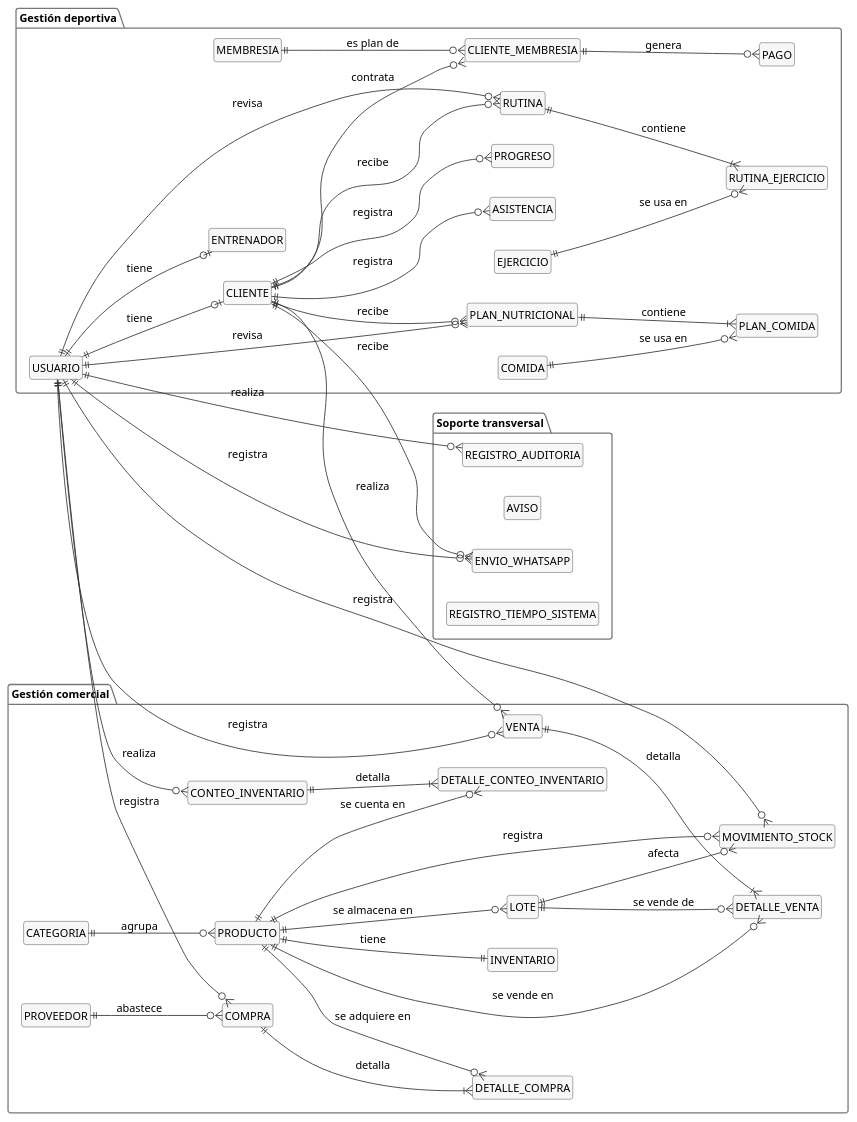
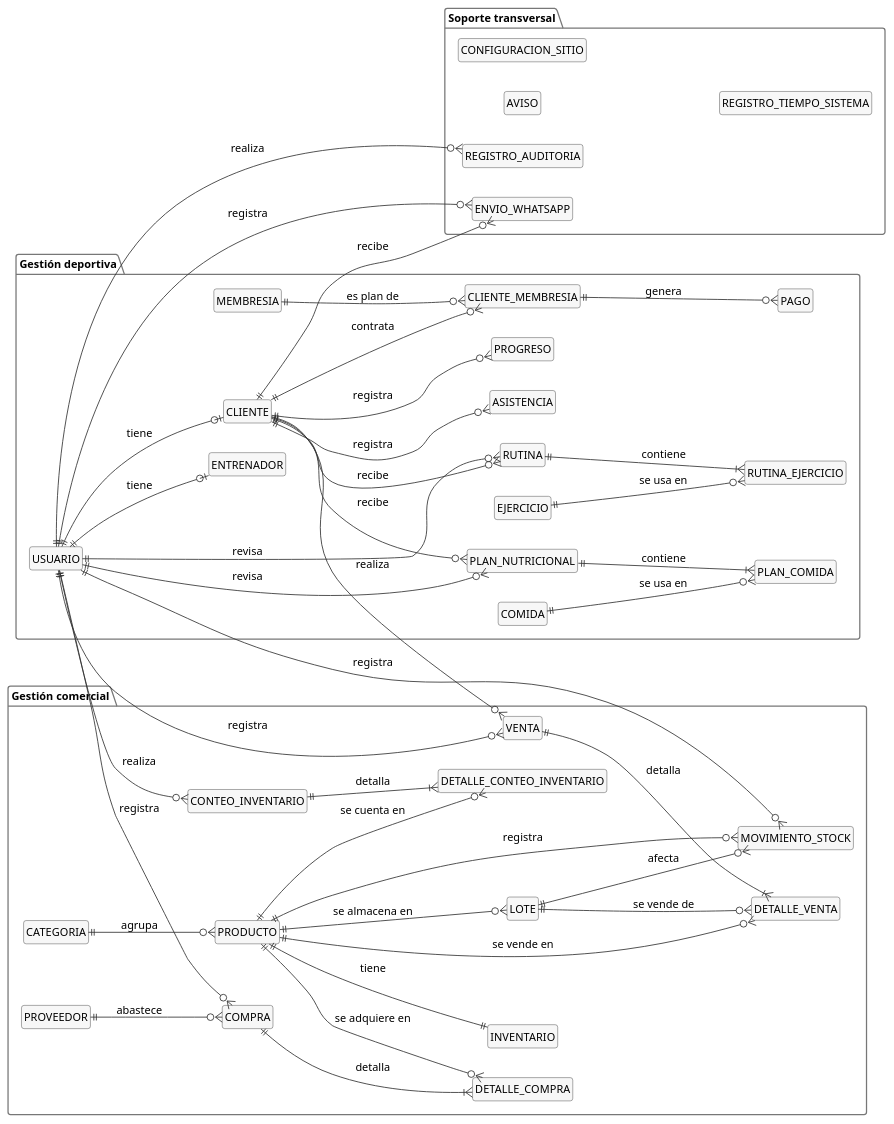
Before and after one commit to KeenGuerra/GleyforGymInvestigacion: the fifth of 11 diagrams in docs/07_Gestion_Proyecto/Intervencion_Metodologica.md, drawn with PlantUML. The commit also changed other lines of this file and 12 other files, not shown here.

First line of the commit message:
docs: documenta configuracion del sitio, avisos con imagen y correccion de zona horaria

```diff
--- a/docs/07_Gestion_Proyecto/Intervencion_Metodologica.md
+++ b/docs/07_Gestion_Proyecto/Intervencion_Metodologica.md
@@ -572,6 +581,7 @@
 package "Soporte transversal" {
   entity REGISTRO_AUDITORIA
   entity AVISO
+  entity CONFIGURACION_SITIO
   entity ENVIO_WHATSAPP
   entity REGISTRO_TIEMPO_SISTEMA
 }
```
